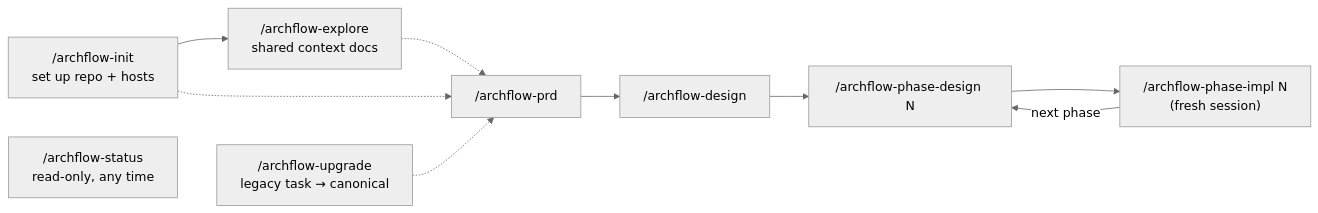
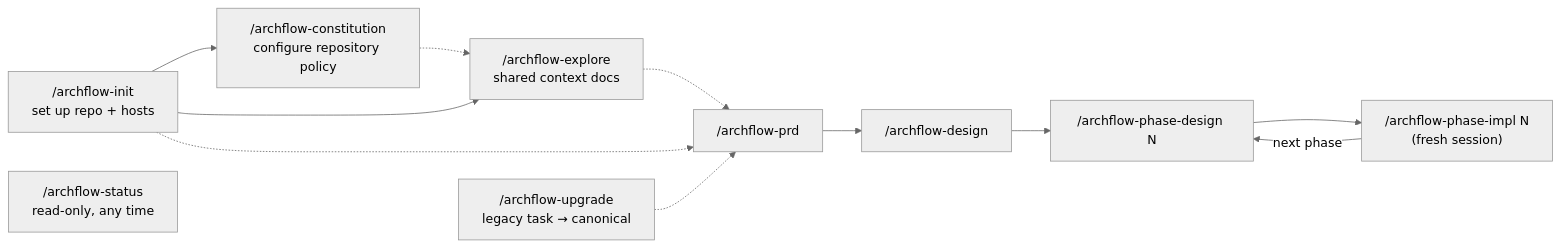
The diagram in docs/workflow/SKILLS.md (Aroton/ArchflowV2), drawn with Mermaid (neutral theme) before and after one commit. The commit also changed other lines of this file and 7 other files, not shown here.

````diff
--- a/docs/workflow/SKILLS.md
+++ b/docs/workflow/SKILLS.md
@@ -9,12 +9,14 @@
 ```mermaid
 flowchart LR
-    Init["/archflow-init<br/>set up repo + hosts"] --> Explore["/archflow-explore<br/>shared context docs"]
+    Init["/archflow-init<br/>set up repo + hosts"] --> Constitution["/archflow-constitution<br/>configure repository policy"]
+    Constitution -.-> Explore["/archflow-explore<br/>shared context docs"]
+    Init --> Explore
     Explore -.-> PRD["/archflow-prd"]
     Init -.-> PRD
     PRD --> Design["/archflow-design"]
     Design --> PD["/archflow-phase-design N"]
     PD --> PI["/archflow-phase-impl N<br/>(fresh session)"]
     PI -->|next phase| PD
     Status["/archflow-status<br/>read-only, any time"]
     Upgrade["/archflow-upgrade<br/>legacy task → canonical"] -.-> PRD
 ```
````
